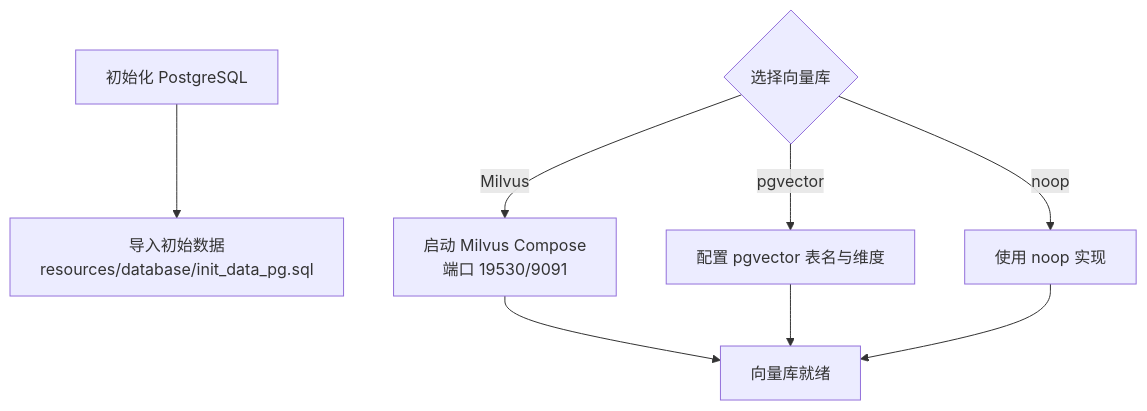
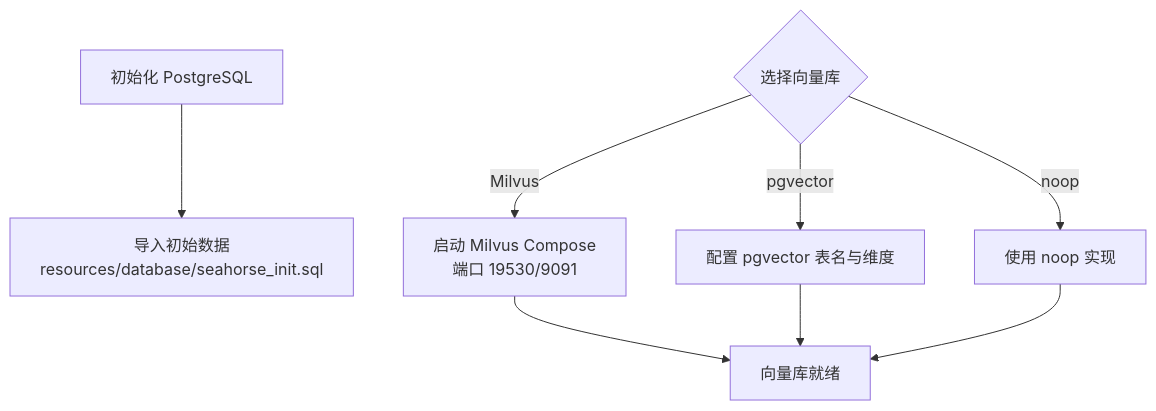
Before and after one commit to onceMisery/seahorse-agent: the fifth of 8 diagrams in docs/zh/content/快速开始.md, drawn with Mermaid. The commit also changed other lines of this file and 31 other files, not shown here.

First line of the commit message:
refactor: merge all DDL into seahorse_init.sql, delete redundant scripts

````diff
--- a/docs/zh/content/快速开始.md
+++ b/docs/zh/content/快速开始.md
@@ -203,10 +203,10 @@
 ```mermaid
 flowchart TD
-DBInit["初始化 PostgreSQL"] --> InsertAdmin["导入初始数据<br/>resources/database/init_data_pg.sql"]
+DBInit["初始化 PostgreSQL"] --> InsertAdmin["导入初始数据<br/>resources/database/seahorse_init.sql"]
 VecChoice{"选择向量库"} --> |Milvus| MilvusCompose["启动 Milvus Compose<br/>端口 19530/9091"]
 VecChoice --> |pgvector| PgVecCfg["配置 pgvector 表名与维度"]
 VecChoice --> |noop| Noop["使用 noop 实现"]
 MilvusCompose --> Ready["向量库就绪"]
 PgVecCfg --> Ready
 Noop --> Ready
 ```
````
